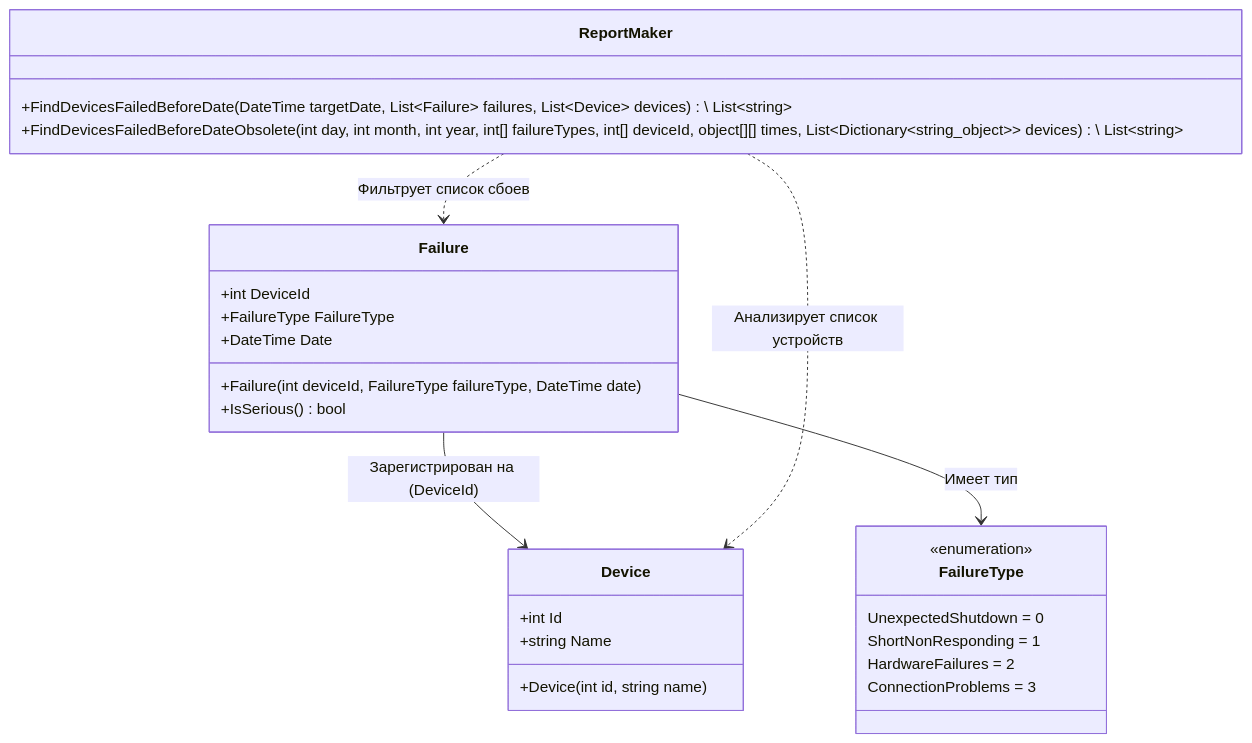
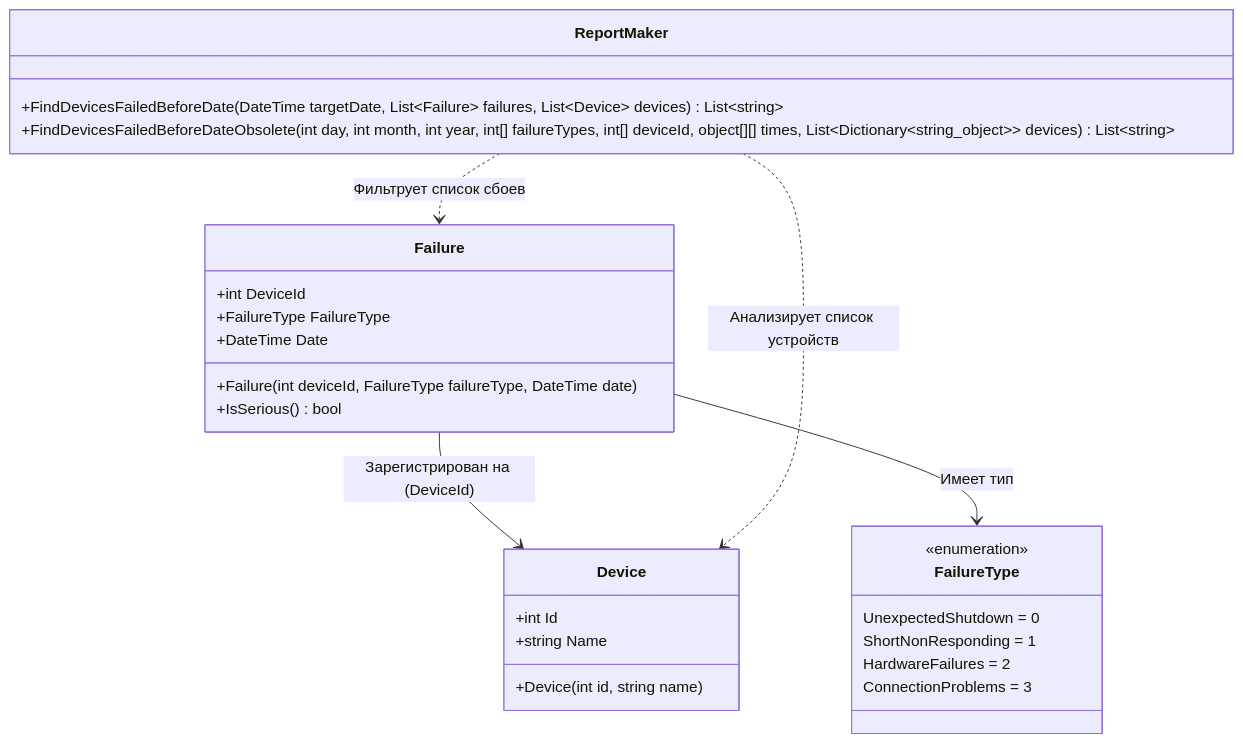
The diagram in sboi.md (NingerangorOid/Praktika_2026), drawn with Mermaid before and after one commit.

Commit message:
sboi.md final

````diff
--- a/sboi.md
+++ b/sboi.md
@@ -1,39 +1,39 @@
 ```mermaid
 classDiagram
     %% Определение перечисления
     class FailureType {
         <<enumeration>>
         UnexpectedShutdown = 0
         ShortNonResponding = 1
         HardwareFailures = 2
         ConnectionProblems = 3
     }
 
     %% Определение классов
     class Device {
         +int Id
         +string Name
         +Device(int id, string name)
     }
 
     class Failure {
         +int DeviceId
         +FailureType FailureType
         +DateTime Date
         +Failure(int deviceId, FailureType failureType, DateTime date)
         +IsSerious() bool
     }
 
     class ReportMaker {
-        +FindDevicesFailedBeforeDate(DateTime targetDate, List~Failure~ failures, List~Device~ devices)\ List~string~
-        +FindDevicesFailedBeforeDateObsolete(int day, int month, int year, int[] failureTypes, int[] deviceId, object[][] times, List~Dictionary~string_object~~ devices)\ List~string~
+        +FindDevicesFailedBeforeDate(DateTime targetDate, List~Failure~ failures, List~Device~ devices) List~string~
+        +FindDevicesFailedBeforeDateObsolete(int day, int month, int year, int[] failureTypes, int[] deviceId, object[][] times, List~Dictionary~string_object~~ devices) List~string~
     }
 
     %% Определение связей и структурных отношений
     Failure --> FailureType : Имеет тип
     Failure --> Device : Зарегистрирован на (DeviceId)
     
     %% Зависимости логики (генератор отчетов обрабатывает списки этих сущностей)
     ReportMaker ..> Device : Анализирует список устройств
     ReportMaker ..> Failure : Фильтрует список сбоев
 ```
````
